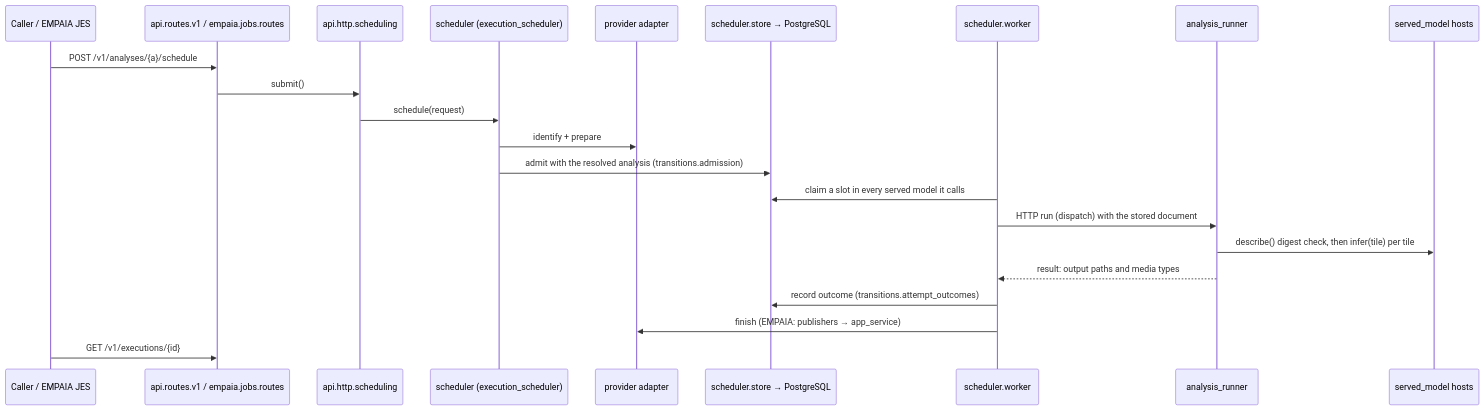
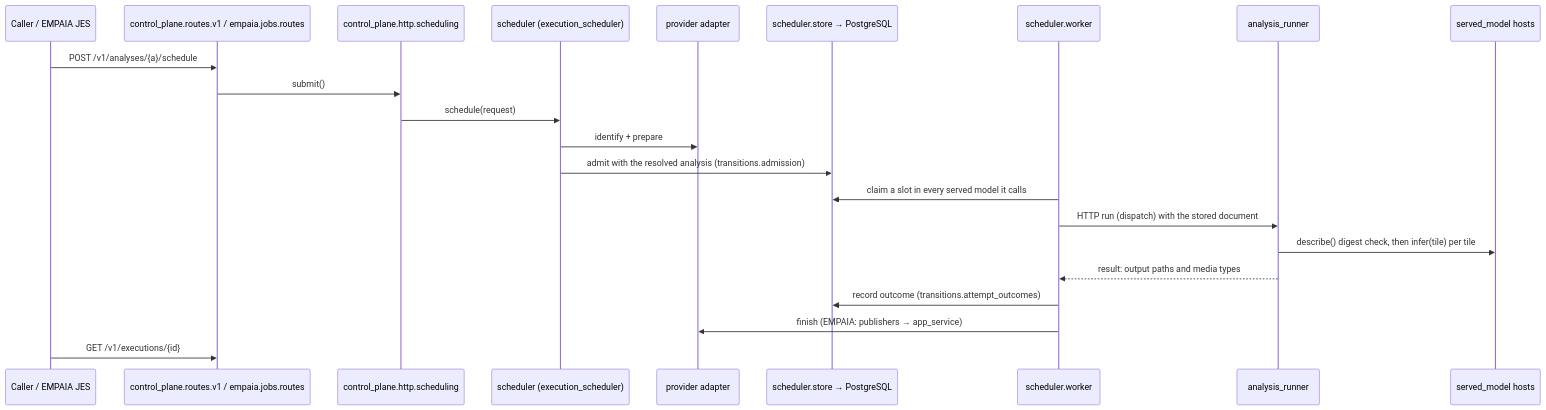
One commit to stefanpeknik/model-service changed the second of 2 diagrams in docs/architecture/module-graph.md. Above: the diagram before and after it, drawn with Mermaid. The commit also changed other lines of this file and 212 other files, not shown here.

First line of the commit message:
rename the API process to the control plane

````diff
--- a/docs/architecture/module-graph.md
+++ b/docs/architecture/module-graph.md
@@ -115,25 +115,25 @@
 ```mermaid
 sequenceDiagram
   participant C as Caller / EMPAIA JES
-  participant R as api.routes.v1 / empaia.jobs.routes
-  participant H as api.http.scheduling
+  participant R as control_plane.routes.v1 / empaia.jobs.routes
+  participant H as control_plane.http.scheduling
   participant S as scheduler (execution_scheduler)
   participant P as provider adapter
   participant DB as scheduler.store → PostgreSQL
   participant W as scheduler.worker
   participant A as analysis_runner
   participant M as served_model hosts
 
   C->>R: POST /v1/analyses/{a}/schedule
   R->>H: submit()
   H->>S: schedule(request)
   S->>P: identify + prepare
   S->>DB: admit with the resolved analysis (transitions.admission)
   W->>DB: claim a slot in every served model it calls
   W->>A: HTTP run (dispatch) with the stored document
   A->>M: describe() digest check, then infer(tile) per tile
   A-->>W: result: output paths and media types
   W->>DB: record outcome (transitions.attempt_outcomes)
   W->>P: finish (EMPAIA: publishers → app_service)
   C->>R: GET /v1/executions/{id}
 ```
````
